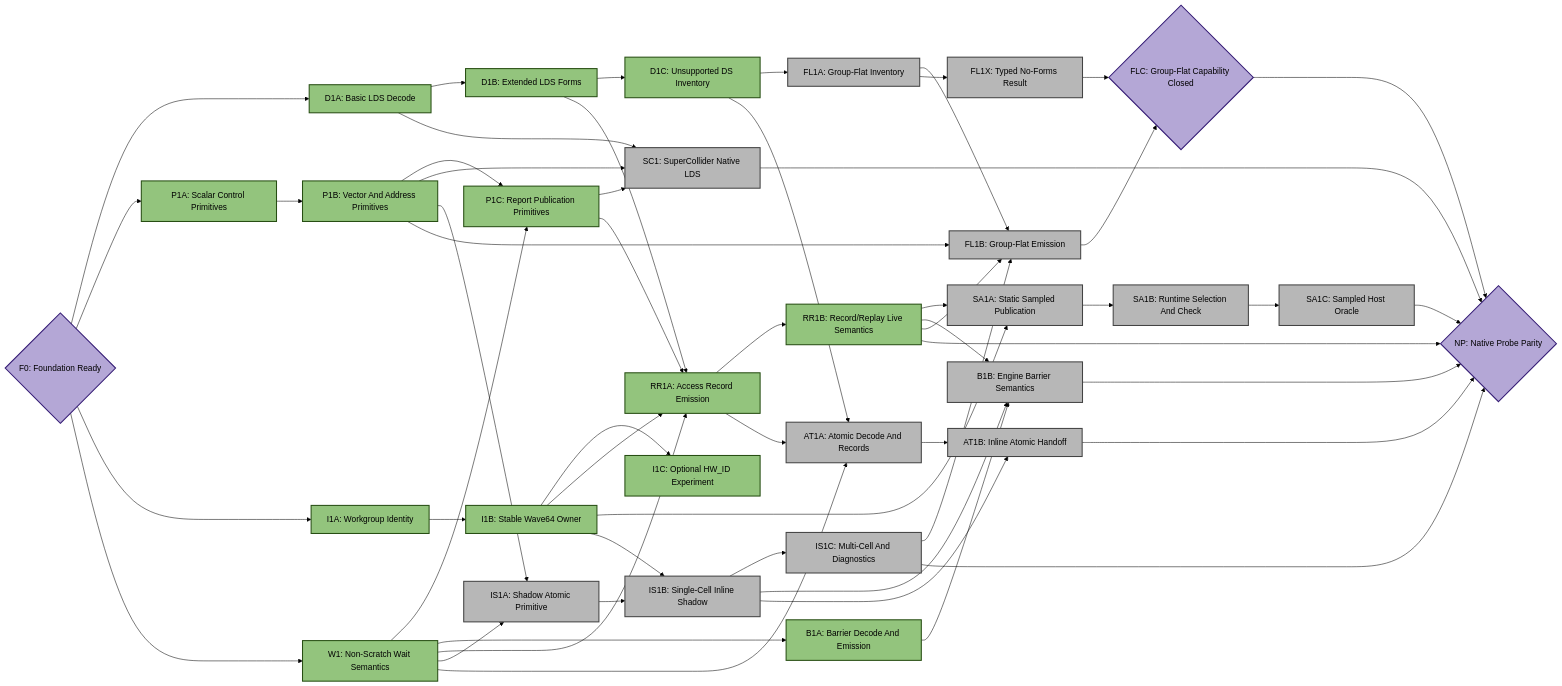
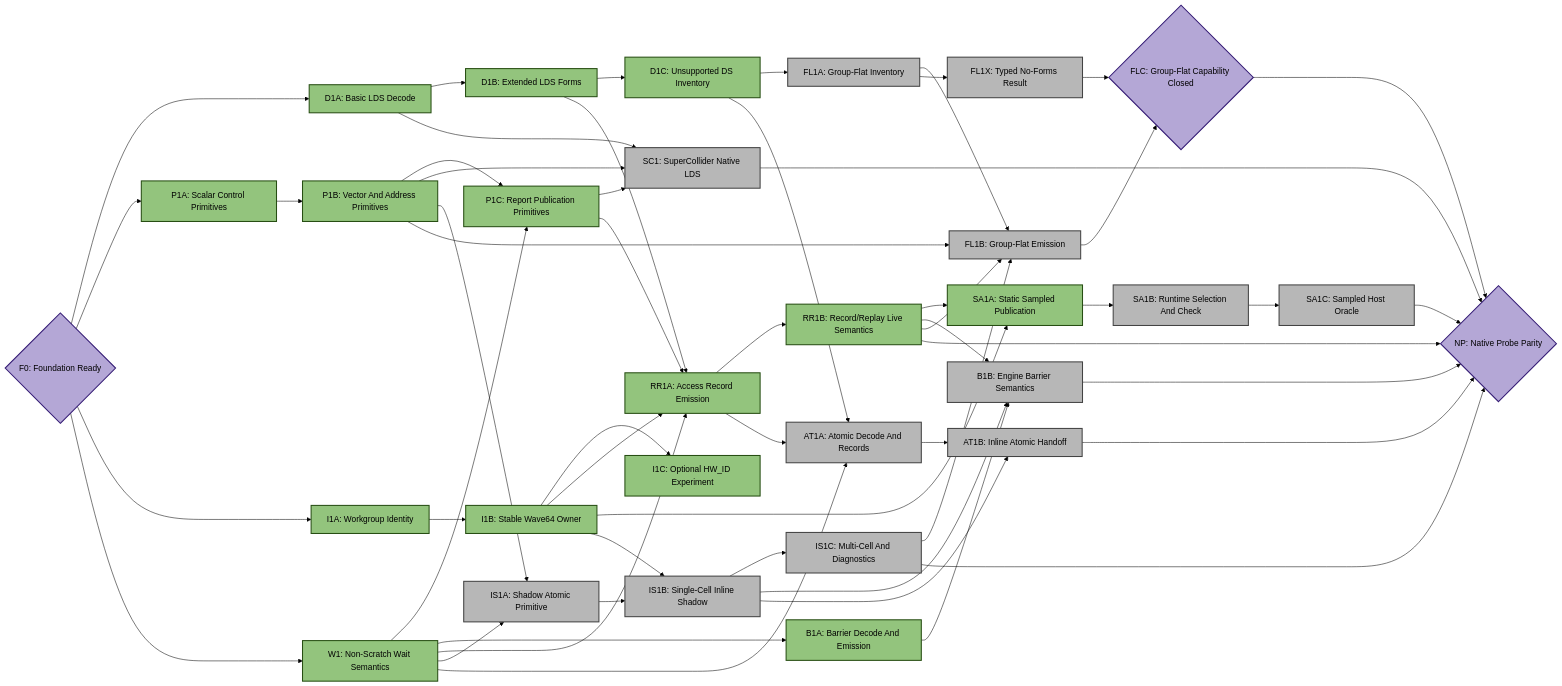
Before and after one commit to ROCm/rocm-systems: the fourth of 5 diagrams in emulation/rocjitsu/docs/consan/PLAN_GFX950.md, drawn with Mermaid (forest theme). The commit also changed other lines of this file and 5 other files, not shown here.

Commit message:
rocjitsu: publish static gfx950 sampled entries

```diff
--- a/emulation/rocjitsu/docs/consan/PLAN_GFX950.md
+++ b/emulation/rocjitsu/docs/consan/PLAN_GFX950.md
@@ -326,7 +331,7 @@
   SC1["SC1: SuperCollider Native LDS"]:::todo
   RR1A["RR1A: Access Record Emission"]:::done
   RR1B["RR1B: Record/Replay Live Semantics"]:::done
-  SA1A["SA1A: Static Sampled Publication"]:::todo
+  SA1A["SA1A: Static Sampled Publication"]:::done
   SA1B["SA1B: Runtime Selection And Check"]:::todo
   SA1C["SA1C: Sampled Host Oracle"]:::todo
   IS1A["IS1A: Shadow Atomic Primitive"]:::todo
```
